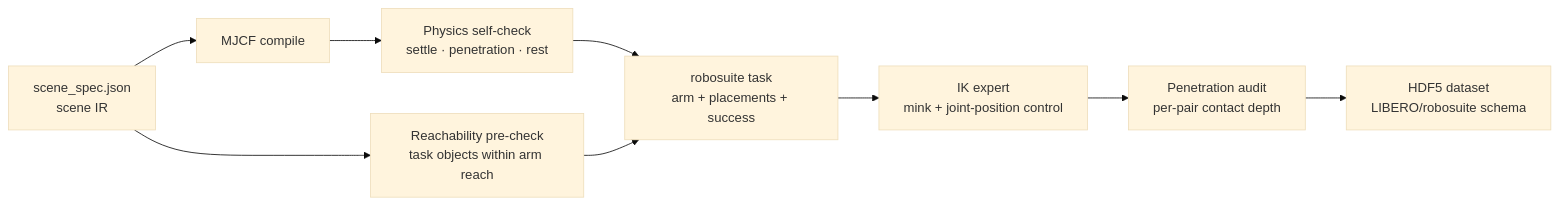
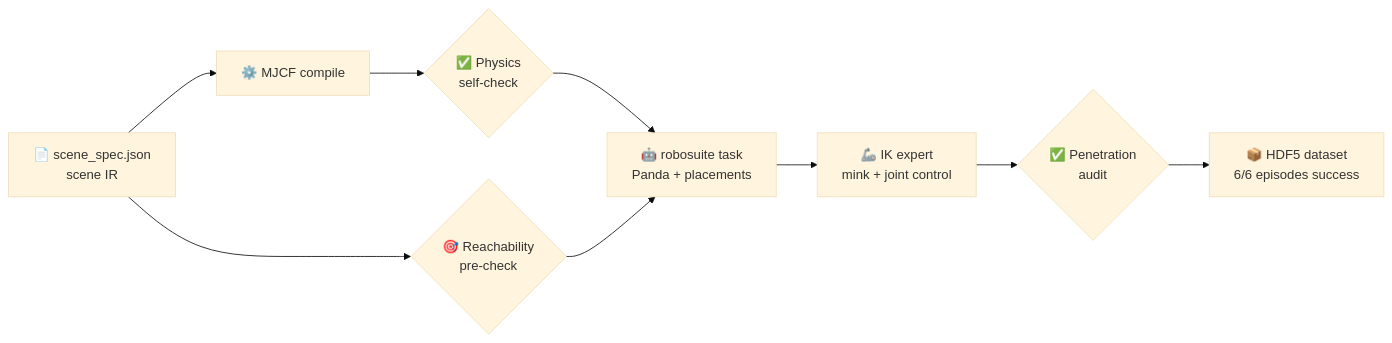
Before and after one commit to hxwxss/glm-skills-embodied: the diagram in README.md, drawn with Mermaid (base theme). The commit also changed other lines of this file, not shown here.

Commit message:
README: skill section first, drop standalone run section, restyle pipeline diagram

````diff
--- a/README.md
+++ b/README.md
@@ -26,11 +42,11 @@
 ```mermaid
 graph LR
-    A[scene_spec.json<br/>scene IR] --> B[MJCF compile]
-    B --> C[Physics self-check<br/>settle · penetration · rest]
-    A --> D[Reachability pre-check<br/>task objects within arm reach]
-    C --> E[robosuite task<br/>arm + placements + success]
+    A["📄 scene_spec.json<br/>scene IR"] --> B["⚙️ MJCF compile"]
+    B --> C{"✅ Physics<br/>self-check"}
+    A --> D{"🎯 Reachability<br/>pre-check"}
+    C --> E["🤖 robosuite task<br/>Panda + placements"]
     D --> E
-    E --> F[IK expert<br/>mink + joint-position control]
-    F --> G[Penetration audit<br/>per-pair contact depth]
-    G --> H[HDF5 dataset<br/>LIBERO/robosuite schema]
+    E --> F["🦾 IK expert<br/>mink + joint control"]
+    F --> G{"✅ Penetration<br/>audit"}
+    G --> H["📦 HDF5 dataset<br/>6/6 episodes success"]
 ```
````
